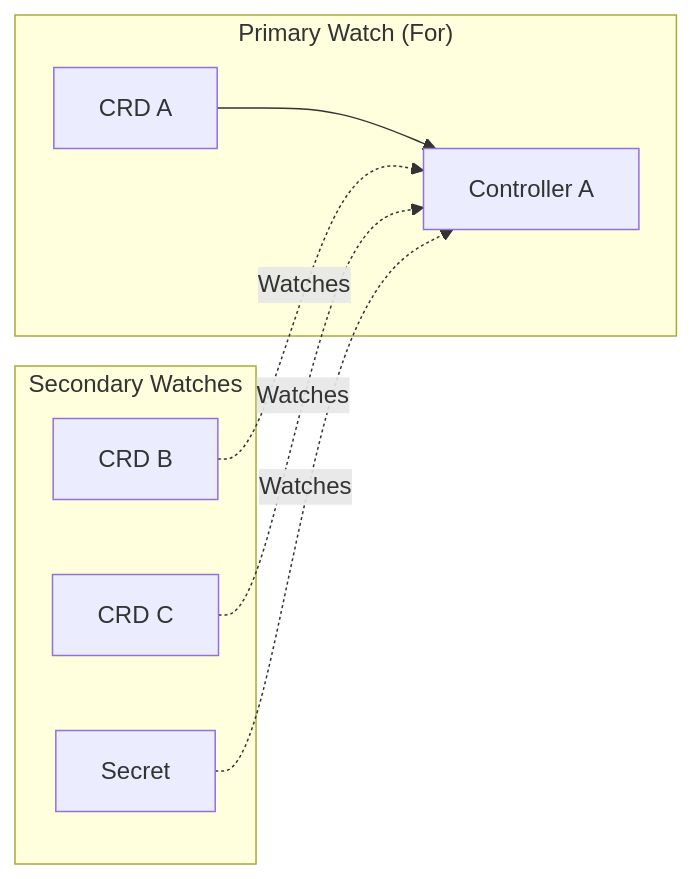
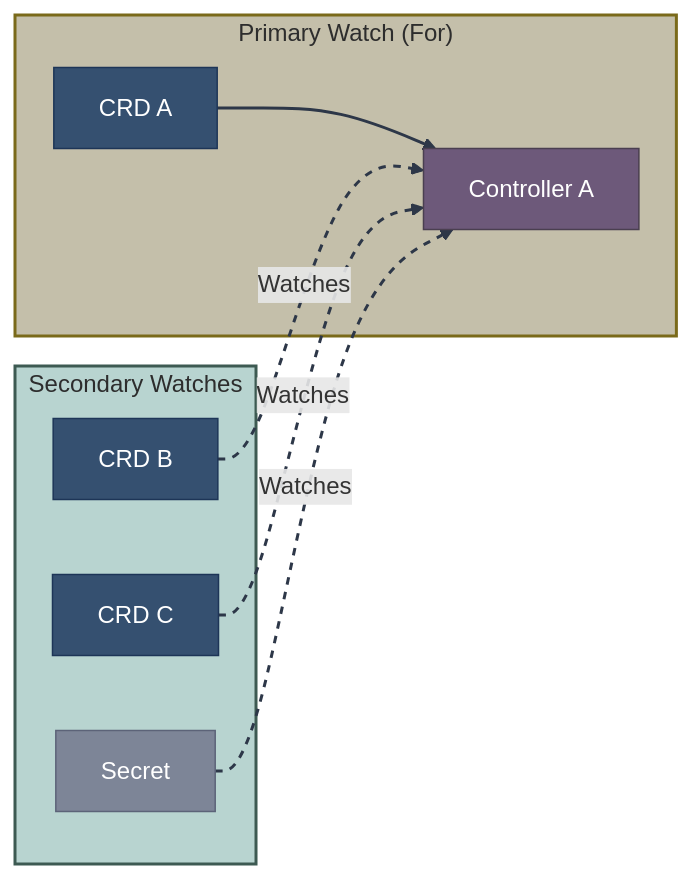
One commit to zszabo-rh/openshift-install-guide changed the fourth of 7 diagrams in 07-operators-controllers/overview.md. Above: the diagram before and after it, drawn with Mermaid. The commit also changed other lines of this file and 16 other files, not shown here.

Commit message:
improved diagram style

````diff
--- a/07-operators-controllers/overview.md
+++ b/07-operators-controllers/overview.md
@@ -131,18 +168,30 @@
 ```mermaid
 graph LR
-    subgraph "Primary Watch (For)"
+    subgraph primary["Primary Watch (For)"]
         A1[Controller A]
         CRD_A[CRD A]
     end
     
-    subgraph "Secondary Watches"
+    subgraph secondary["Secondary Watches"]
         CRD_B[CRD B]
         CRD_C[CRD C]
         SECRET[Secret]
     end
     
     CRD_A --> A1
     CRD_B -.->|Watches| A1
     CRD_C -.->|Watches| A1
     SECRET -.->|Watches| A1
+    
+    style A1 fill:#6d597a,stroke:#4a3f50,color:#fff
+    style CRD_A fill:#355070,stroke:#1d3557,color:#fff
+    style CRD_B fill:#355070,stroke:#1d3557,color:#fff
+    style CRD_C fill:#355070,stroke:#1d3557,color:#fff
+    style SECRET fill:#7d8597,stroke:#5c6378,color:#fff
+    
+    style primary fill:#c4bfaa,stroke:#7a6a1a,stroke-width:2px,color:#2d2d2d
+    style secondary fill:#b8d4d0,stroke:#3d5a52,stroke-width:2px,color:#2d2d2d
+    
+    linkStyle 0 stroke:#2d3748,stroke-width:2px
+    linkStyle 1,2,3 stroke:#2d3748,stroke-width:2px,stroke-dasharray:5
 ```
````
